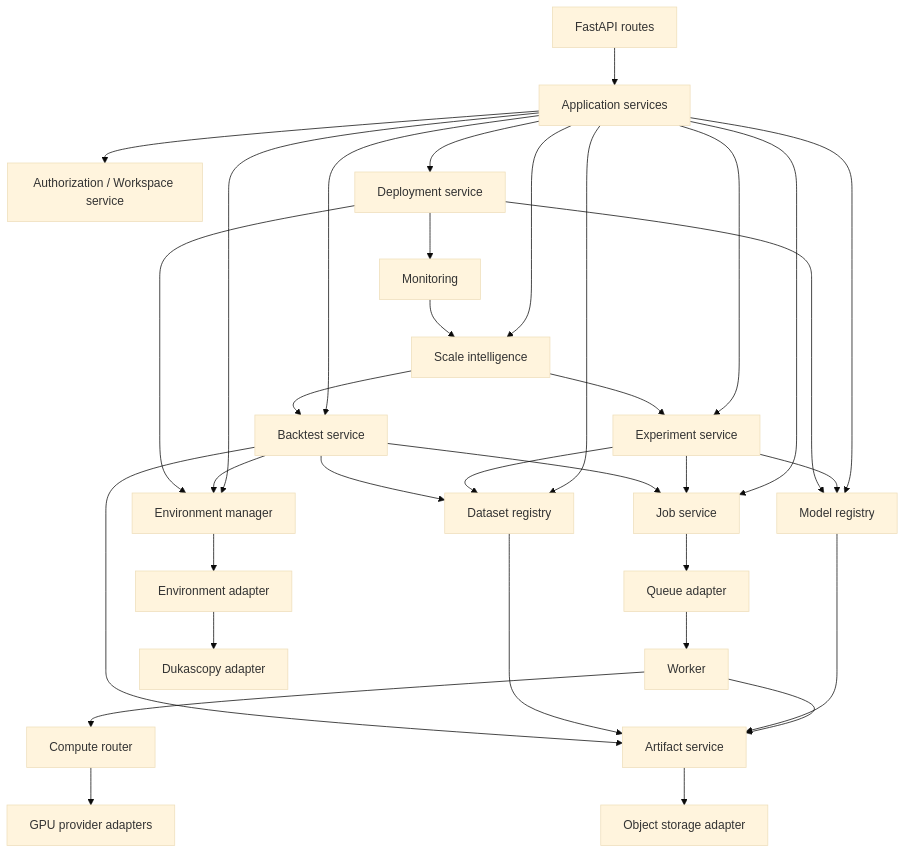
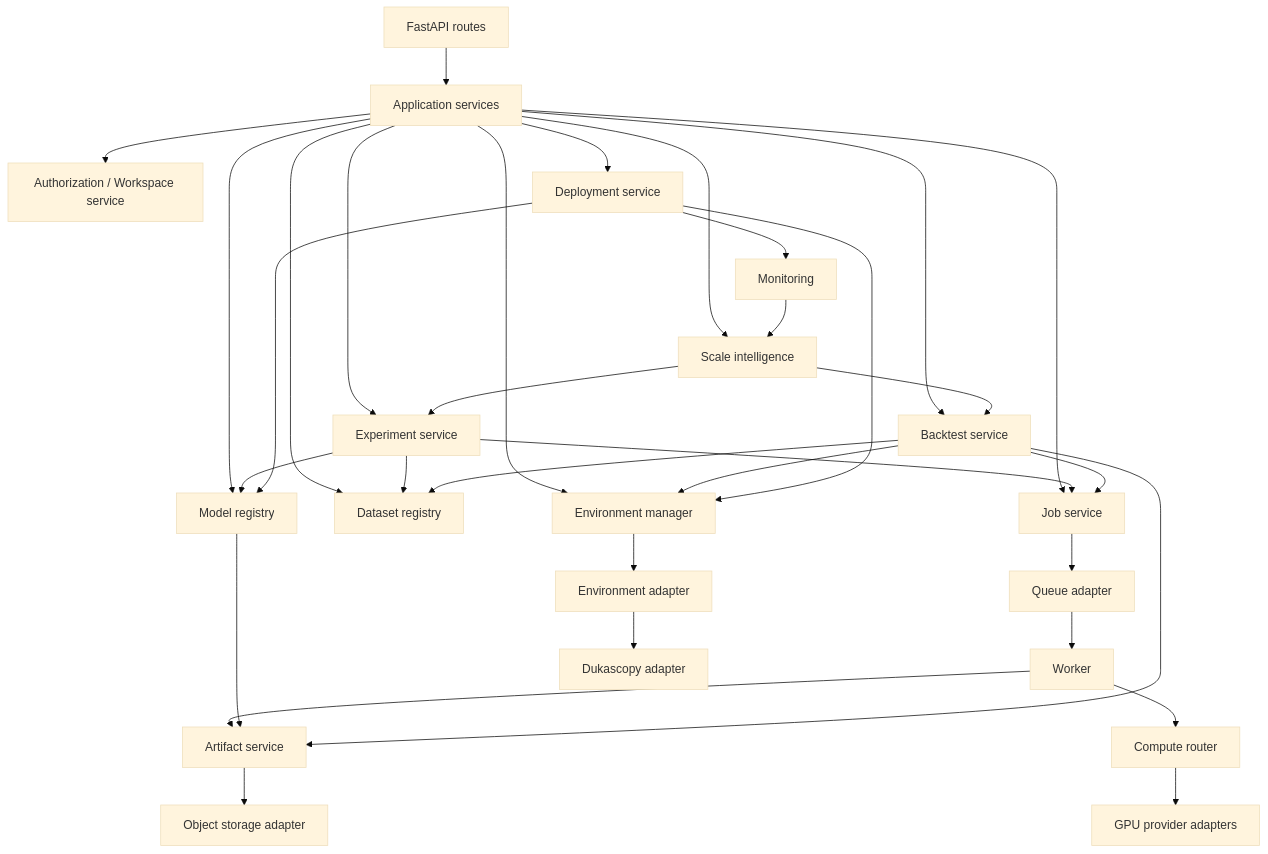
Before and after one commit to Aimable2002/scalarLab-backend: the diagram in docs/COMPONENT_RELATIONSHIPS.md, drawn with Mermaid (base theme). The commit also changed other lines of this file and 66 other files, not shown here.

````diff
--- a/docs/COMPONENT_RELATIONSHIPS.md
+++ b/docs/COMPONENT_RELATIONSHIPS.md
@@ -7,38 +7,37 @@
 ```mermaid
 flowchart TD
     API[FastAPI routes] --> APP[Application services]
     APP --> AUTH[Authorization / Workspace service]
     APP --> EXP[Experiment service]
     APP --> MODEL[Model registry]
     APP --> DATA[Dataset registry]
     APP --> JOB[Job service]
     APP --> ENV[Environment manager]
     APP --> BT[Backtest service]
     APP --> SCALE[Scale intelligence]
     APP --> DEP[Deployment service]
 
     EXP --> MODEL
     EXP --> DATA
     EXP --> JOB
     JOB --> QUEUE[Queue adapter]
     QUEUE --> WORKER[Worker]
     WORKER --> COMPUTE[Compute router]
     COMPUTE --> GPU[GPU provider adapters]
     WORKER --> ART[Artifact service]
     MODEL --> ART
-    DATA --> ART
     ART --> STORE[Object storage adapter]
 
     ENV --> ADAPTER[Environment adapter]
     ADAPTER --> DUK[Dukascopy adapter]
     BT --> ENV
     BT --> DATA
     BT --> JOB
     BT --> ART
     SCALE --> EXP
     SCALE --> BT
     DEP --> MODEL
     DEP --> ENV
     DEP --> MON[Monitoring]
     MON --> SCALE
 ```
````
